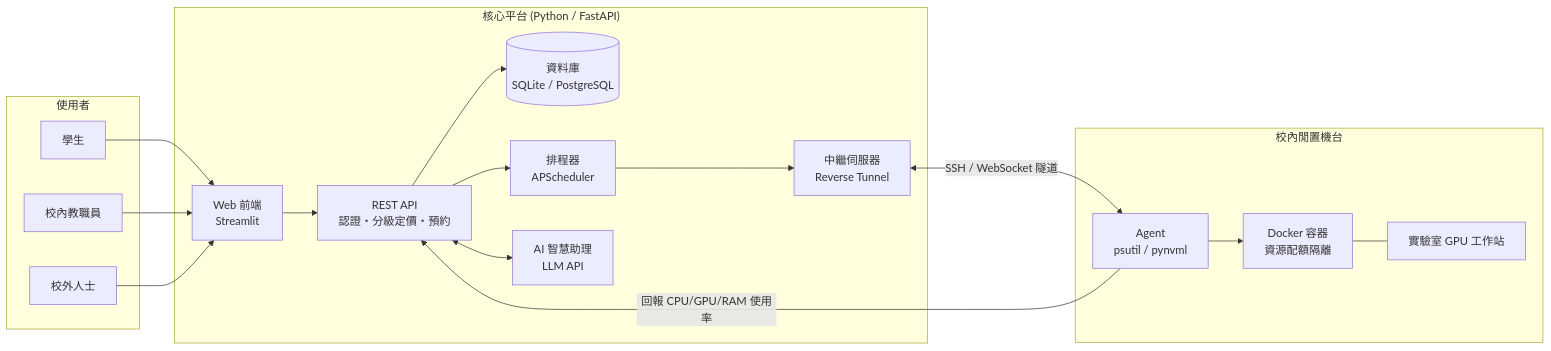
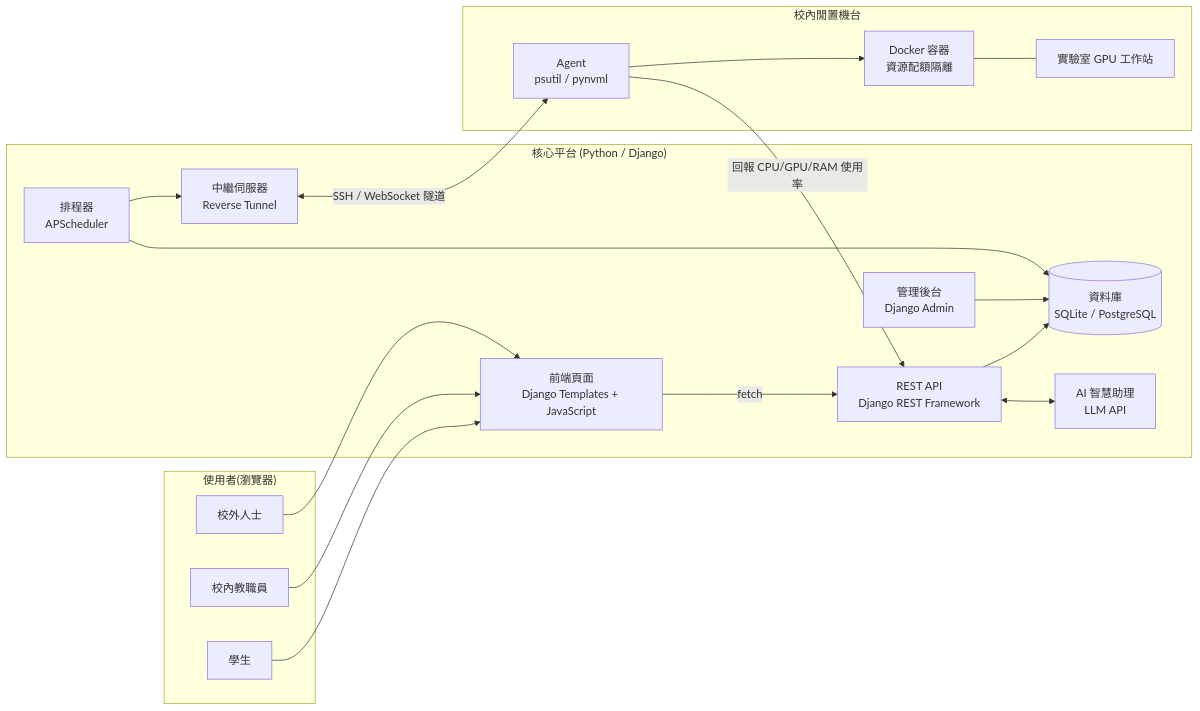
One commit to thechi222/SCU_contest changed the diagram in README.md. Above: the diagram before and after it, drawn with Mermaid. The commit also changed other lines of this file and 55 other files, not shown here.

First line of the commit message:
Switch stack to Django + JavaScript frontend

````diff
--- a/README.md
+++ b/README.md
@@ -93,36 +95,38 @@
 ```mermaid
 flowchart LR
-    subgraph Users["使用者"]
+    subgraph Users["使用者(瀏覽器)"]
         S[學生]
         F[校內教職員]
         E[校外人士]
     end
 
-    subgraph Platform["核心平台 (Python / FastAPI)"]
-        WEB[Web 前端<br/>Streamlit]
-        API[REST API<br/>認證・分級定價・預約]
+    subgraph Platform["核心平台 (Python / Django)"]
+        WEB[前端頁面<br/>Django Templates + JavaScript]
+        API[REST API<br/>Django REST Framework]
+        ADMIN[管理後台<br/>Django Admin]
         DB[(資料庫<br/>SQLite / PostgreSQL)]
         SCHED[排程器<br/>APScheduler]
         RELAY[中繼伺服器<br/>Reverse Tunnel]
         AI[AI 智慧助理<br/>LLM API]
     end
 
     subgraph Machines["校內閒置機台"]
         A1[Agent<br/>psutil / pynvml]
         C1[Docker 容器<br/>資源配額隔離]
         M1[實驗室 GPU 工作站]
     end
 
     S --> WEB
     F --> WEB
     E --> WEB
-    WEB --> API
+    WEB -->|fetch| API
     API --> DB
-    API --> SCHED
+    ADMIN --> DB
+    SCHED --> DB
     API <--> AI
     SCHED --> RELAY
     RELAY <-->|SSH / WebSocket 隧道| A1
     A1 --> C1
     C1 --- M1
     A1 -- 回報 CPU/GPU/RAM 使用率 --> API
 ```
````
